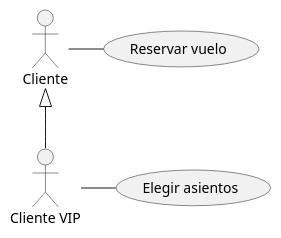
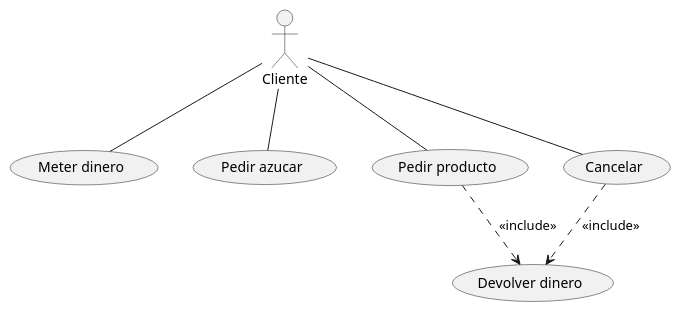
The diagram in src/casos_de_uso.puml (valencodes/UD12_usoUML_DVGC), drawn with PlantUML before and after one commit.

Commit message:
Ejemplo: La máquina de café

```diff
--- a/src/casos_de_uso.puml
+++ b/src/casos_de_uso.puml
@@ -1,7 +1,10 @@
 @startuml
 
-:Cliente:-(Reservar vuelo)
-:Cliente VIP:-(Elegir asientos)
-:Cliente:<|--:Cliente VIP:
+:Cliente:--(Meter dinero)
+:Cliente:--(Pedir azucar)
+:Cliente:--(Pedir producto)
+:Cliente:--(Cancelar)
+(Pedir producto)-.>(Devolver dinero):<<include>>
+(Cancelar)-.>(Devolver dinero):<<include>>
 
 @enduml
```
